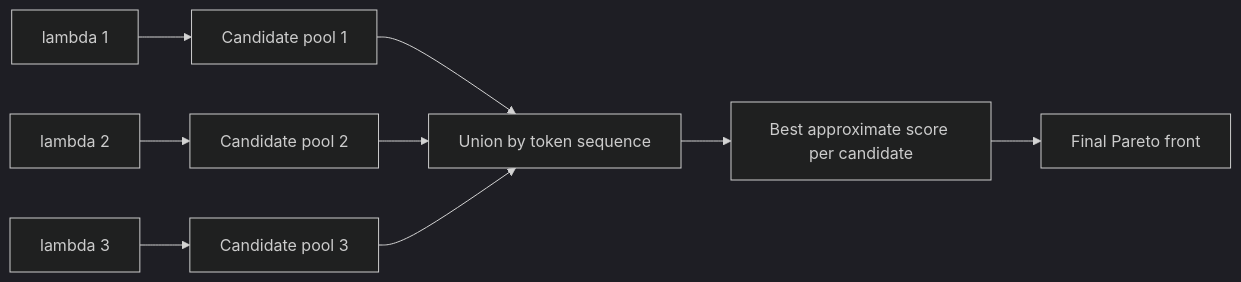
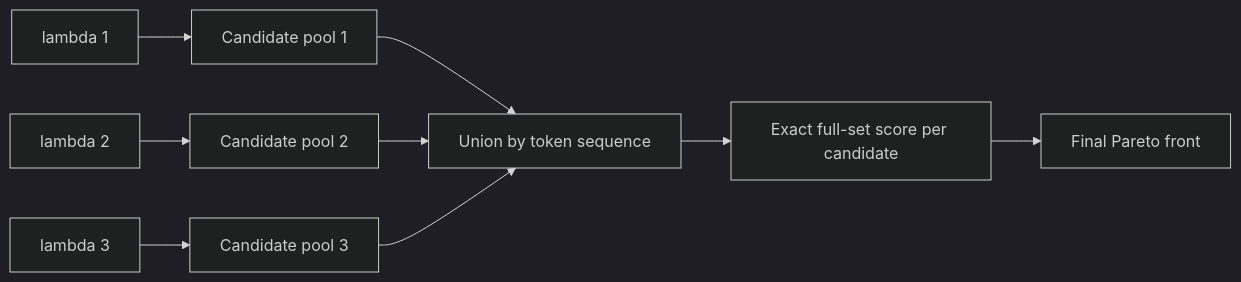
The sixth of 11 diagrams in docs/methodology.md (kpapmath/nsr-engine), drawn with Mermaid (dark theme) before and after one commit. The commit also changed other lines of this file and 6 other files, not shown here.

````diff
--- a/docs/methodology.md
+++ b/docs/methodology.md
@@ -282,11 +282,11 @@
 ```mermaid
 flowchart LR
     L1[lambda 1] --> P1[Candidate pool 1]
     L2[lambda 2] --> P2[Candidate pool 2]
     L3[lambda 3] --> P3[Candidate pool 3]
     P1 --> U[Union by token sequence]
     P2 --> U
     P3 --> U
-    U --> C[Best approximate score per candidate]
+    U --> C[Exact full-set score per candidate]
     C --> F[Final Pareto front]
 ```
````
